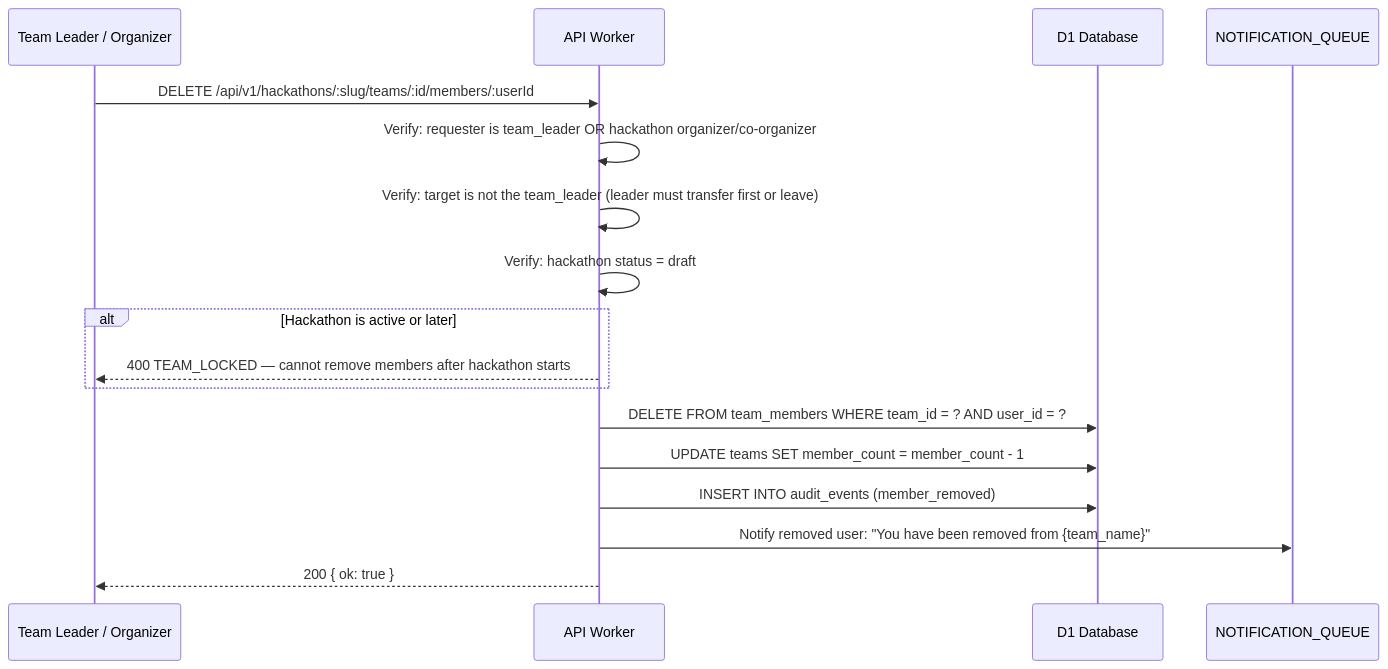
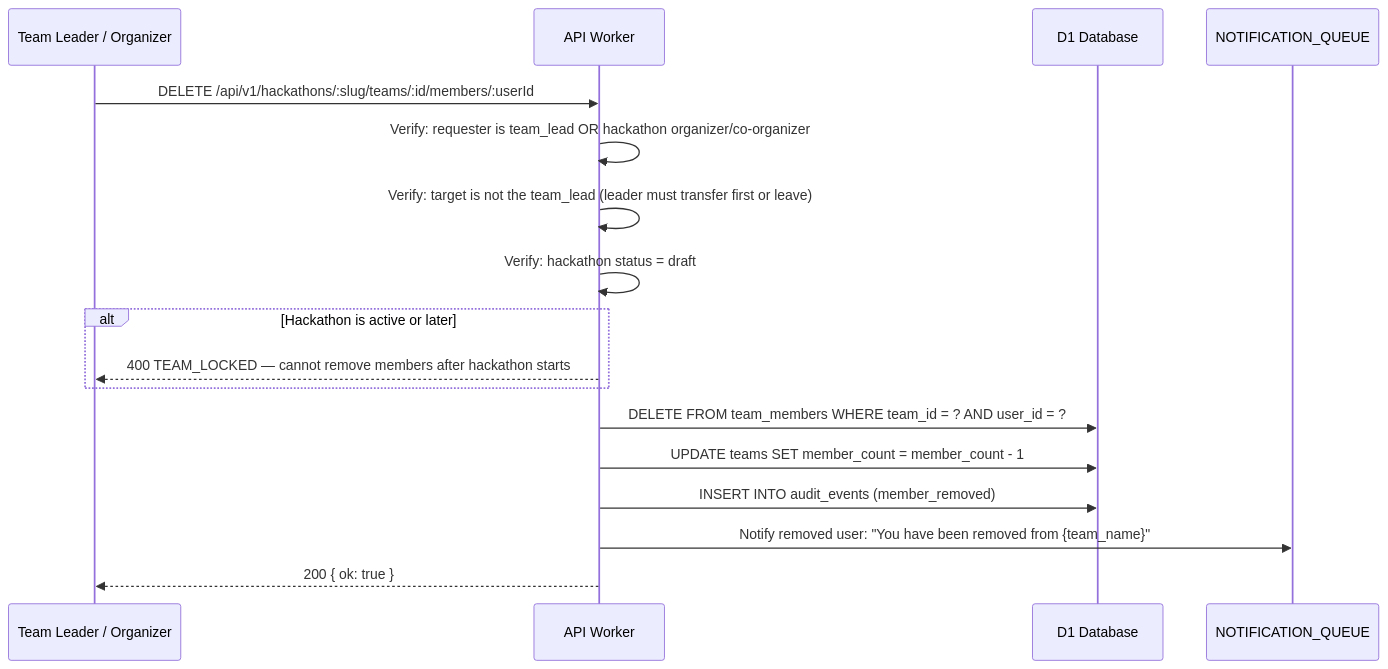
Before and after one commit to devangshupandey2025-stack/DevSage: the ninth of 11 diagrams in docs/v3/planned/team-management.md, drawn with Mermaid. The commit also changed other lines of this file and 2 other files, not shown here.

First line of the commit message:
docs(core): fix canonical role names in lifecycle, roles, and team management docs

````diff
--- a/docs/v3/planned/team-management.md
+++ b/docs/v3/planned/team-management.md
@@ -343,22 +343,22 @@
 ```mermaid
 sequenceDiagram
     participant L as Team Leader / Organizer
     participant W as API Worker
     participant D1 as D1 Database
     participant Q as NOTIFICATION_QUEUE
 
     L->>W: DELETE /api/v1/hackathons/:slug/teams/:id/members/:userId
-    W->>W: Verify: requester is team_leader OR hackathon organizer/co-organizer
-    W->>W: Verify: target is not the team_leader (leader must transfer first or leave)
+    W->>W: Verify: requester is team_lead OR hackathon organizer/co-organizer
+    W->>W: Verify: target is not the team_lead (leader must transfer first or leave)
     W->>W: Verify: hackathon status = draft
 
     alt Hackathon is active or later
         W-->>L: 400 TEAM_LOCKED — cannot remove members after hackathon starts
     end
 
     W->>D1: DELETE FROM team_members WHERE team_id = ? AND user_id = ?
     W->>D1: UPDATE teams SET member_count = member_count - 1
     W->>D1: INSERT INTO audit_events (member_removed)
     W->>Q: Notify removed user: "You have been removed from {team_name}"
     W-->>L: 200 { ok: true }
 ```
````
